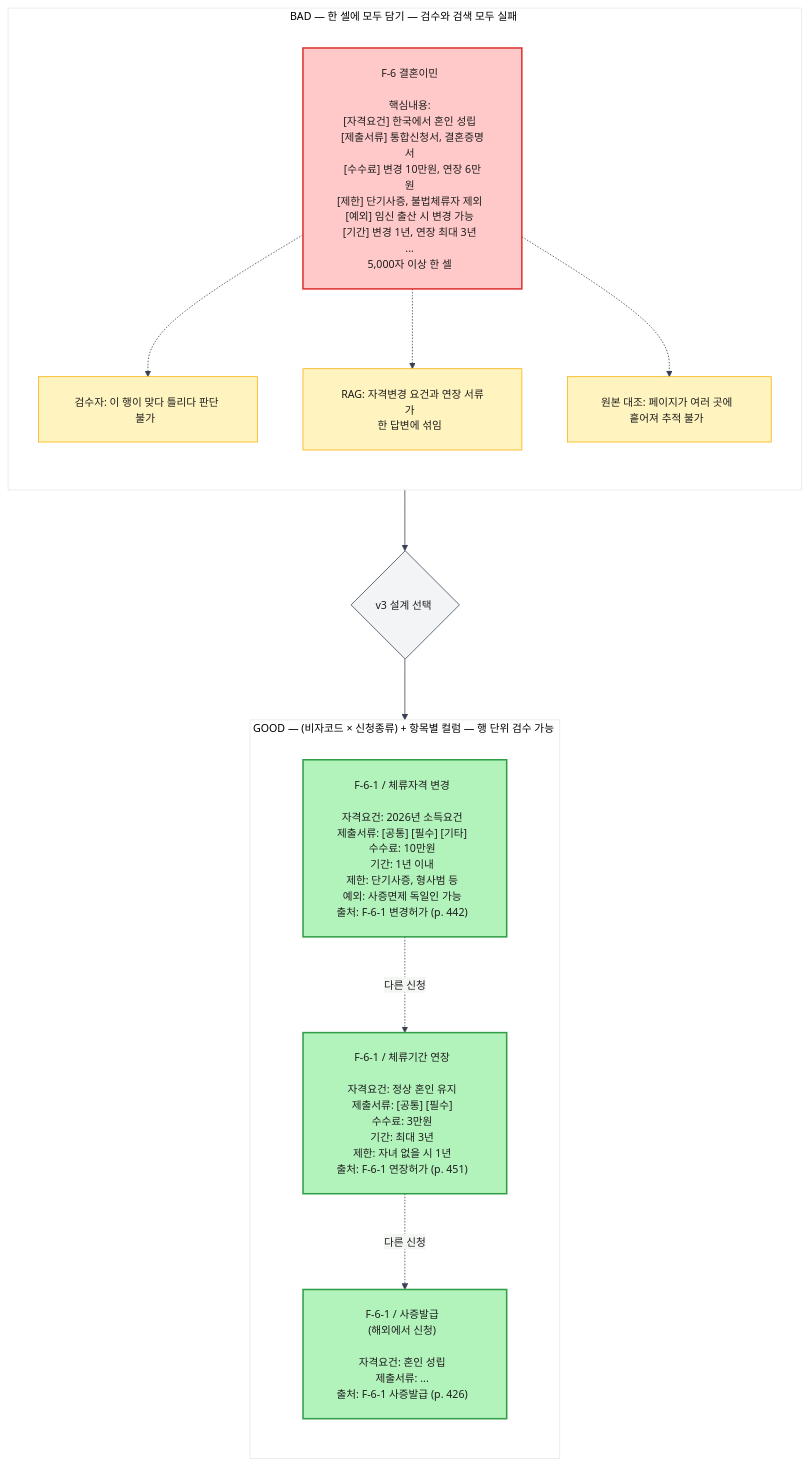
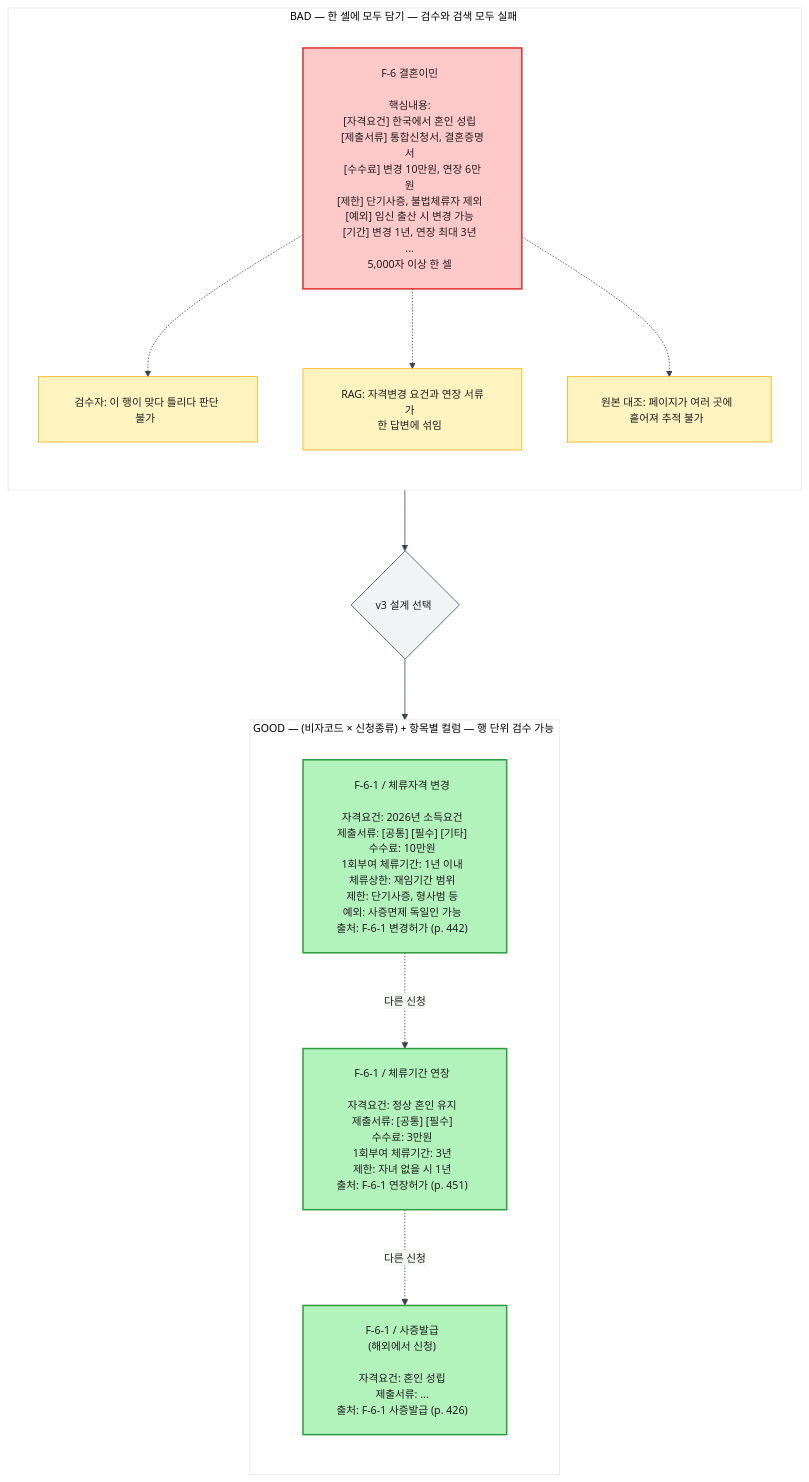
One commit to jhkim0602/-Vizabridge-IT-AI- changed the diagram in docs/diagrams/column_design_rationale.mmd. Above: the diagram before and after it, drawn with Mermaid. The commit also changed 16 other files, not shown here.

First line of the commit message:
feat: 기간 컬럼 3분할 (사증유효기간 / 1회부여 체류기간 / 체류상한)

```diff
--- a/docs/diagrams/column_design_rationale.mmd
+++ b/docs/diagrams/column_design_rationale.mmd
@@ -1,24 +1,24 @@
 %%{init: {'theme': 'base', 'themeVariables': {'fontFamily': 'Helvetica, sans-serif', 'fontSize': '14px', 'primaryColor': '#f3f4f6', 'primaryTextColor': '#1e1e1e', 'primaryBorderColor': '#374151', 'lineColor': '#374151'}, 'flowchart': {'curve': 'basis', 'padding': 22, 'nodeSpacing': 60, 'rankSpacing': 80}}}%%
 flowchart TB
     classDef bad fill:#ffc9c9,stroke:#e03131,stroke-width:2px,color:#1e1e1e
     classDef good fill:#b2f2bb,stroke:#2f9e44,stroke-width:2px,color:#1e1e1e
     classDef note fill:#fff3bf,stroke:#fab005,stroke-width:1px,color:#1e1e1e
 
     subgraph BAD["BAD — 한 셀에 모두 담기 — 검수와 검색 모두 실패&nbsp;"]
         direction TB
         B1["F-6 결혼이민&nbsp;&nbsp;<br/><br/>핵심내용:&nbsp;&nbsp;<br/>[자격요건] 한국에서 혼인 성립&nbsp;&nbsp;<br/>[제출서류] 통합신청서, 결혼증명서&nbsp;&nbsp;<br/>[수수료] 변경 10만원, 연장 6만원&nbsp;&nbsp;<br/>[제한] 단기사증, 불법체류자 제외&nbsp;&nbsp;<br/>[예외] 임신 출산 시 변경 가능&nbsp;&nbsp;<br/>[기간] 변경 1년, 연장 최대 3년&nbsp;&nbsp;<br/>...&nbsp;&nbsp;<br/>5,000자 이상 한 셀&nbsp;&nbsp;"]:::bad
         B1 -.-> B2["검수자: 이 행이 맞다 틀리다 판단 불가&nbsp;&nbsp;"]:::note
         B1 -.-> B3["RAG: 자격변경 요건과 연장 서류가&nbsp;&nbsp;<br/>한 답변에 섞임&nbsp;&nbsp;"]:::note
         B1 -.-> B4["원본 대조: 페이지가 여러 곳에&nbsp;&nbsp;<br/>흩어져 추적 불가&nbsp;&nbsp;"]:::note
     end
 
     subgraph GOOD["GOOD — (비자코드 × 신청종류) + 항목별 컬럼 — 행 단위 검수 가능&nbsp;"]
         direction TB
-        G1["F-6-1 / 체류자격 변경&nbsp;&nbsp;<br/><br/>자격요건: 2026년 소득요건&nbsp;&nbsp;<br/>제출서류: [공통] [필수] [기타]&nbsp;&nbsp;<br/>수수료: 10만원&nbsp;&nbsp;<br/>기간: 1년 이내&nbsp;&nbsp;<br/>제한: 단기사증, 형사범 등&nbsp;&nbsp;<br/>예외: 사증면제 독일인 가능&nbsp;&nbsp;<br/>출처: F-6-1 변경허가 (p. 442)&nbsp;&nbsp;"]:::good
-        G2["F-6-1 / 체류기간 연장&nbsp;&nbsp;<br/><br/>자격요건: 정상 혼인 유지&nbsp;&nbsp;<br/>제출서류: [공통] [필수]&nbsp;&nbsp;<br/>수수료: 3만원&nbsp;&nbsp;<br/>기간: 최대 3년&nbsp;&nbsp;<br/>제한: 자녀 없을 시 1년&nbsp;&nbsp;<br/>출처: F-6-1 연장허가 (p. 451)&nbsp;&nbsp;"]:::good
+        G1["F-6-1 / 체류자격 변경&nbsp;&nbsp;<br/><br/>자격요건: 2026년 소득요건&nbsp;&nbsp;<br/>제출서류: [공통] [필수] [기타]&nbsp;&nbsp;<br/>수수료: 10만원&nbsp;&nbsp;<br/>1회부여 체류기간: 1년 이내&nbsp;&nbsp;<br/>체류상한: 재임기간 범위&nbsp;&nbsp;<br/>제한: 단기사증, 형사범 등&nbsp;&nbsp;<br/>예외: 사증면제 독일인 가능&nbsp;&nbsp;<br/>출처: F-6-1 변경허가 (p. 442)&nbsp;&nbsp;"]:::good
+        G2["F-6-1 / 체류기간 연장&nbsp;&nbsp;<br/><br/>자격요건: 정상 혼인 유지&nbsp;&nbsp;<br/>제출서류: [공통] [필수]&nbsp;&nbsp;<br/>수수료: 3만원&nbsp;&nbsp;<br/>1회부여 체류기간: 3년&nbsp;&nbsp;<br/>제한: 자녀 없을 시 1년&nbsp;&nbsp;<br/>출처: F-6-1 연장허가 (p. 451)&nbsp;&nbsp;"]:::good
         G3["F-6-1 / 사증발급&nbsp;&nbsp;<br/>(해외에서 신청)&nbsp;&nbsp;<br/><br/>자격요건: 혼인 성립&nbsp;&nbsp;<br/>제출서류: ...&nbsp;&nbsp;<br/>출처: F-6-1 사증발급 (p. 426)&nbsp;&nbsp;"]:::good
         G1 -.다른 신청.-> G2
         G2 -.다른 신청.-> G3
     end
 
     BAD --> X{"v3 설계 선택&nbsp;"} --> GOOD
```
